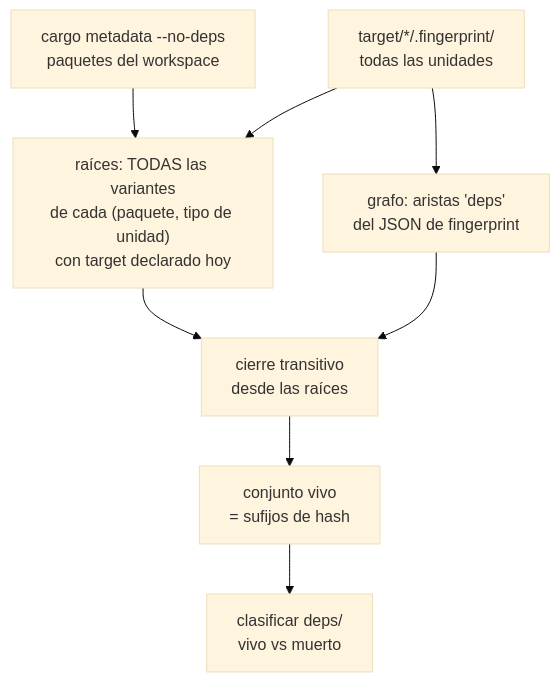
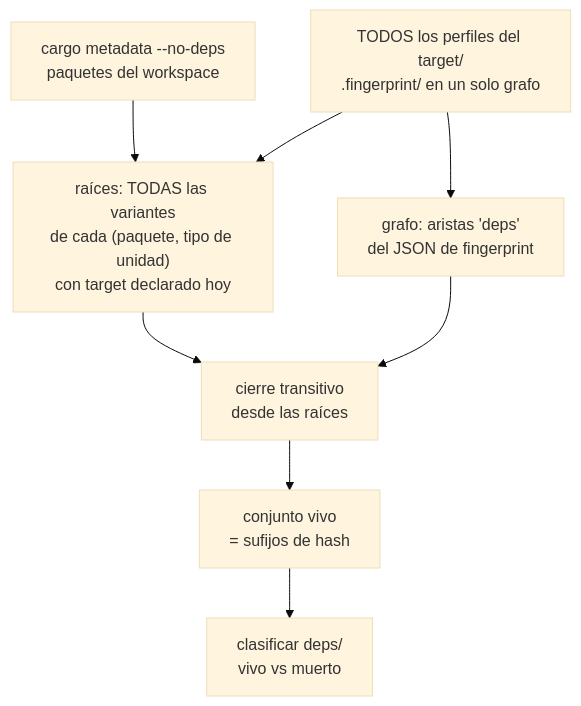
One commit to rvielma/cargo-reap changed the diagram in README.md. Above: the diagram before and after it, drawn with Mermaid (base theme). The commit also changed other lines of this file and 2 other files, not shown here.

First line of the commit message:
fix: un solo grafo para todo el target, que las aristas cruzan de perfil

````diff
--- a/README.md
+++ b/README.md
@@ -83,10 +86,10 @@
 ```mermaid
 flowchart TD
     A["cargo metadata --no-deps<br/>paquetes del workspace"] --> B
-    C["target/*/.fingerprint/<br/>todas las unidades"] --> B
+    C["TODOS los perfiles del target/<br/>.fingerprint/ en un solo grafo"] --> B
     B["raíces: TODAS las variantes<br/>de cada (paquete, tipo de unidad)<br/>con target declarado hoy"] --> D
     C --> E["grafo: aristas 'deps'<br/>del JSON de fingerprint"]
     E --> D["cierre transitivo<br/>desde las raíces"]
     D --> F["conjunto vivo<br/>= sufijos de hash"]
     F --> G["clasificar deps/<br/>vivo vs muerto"]
 ```
````
